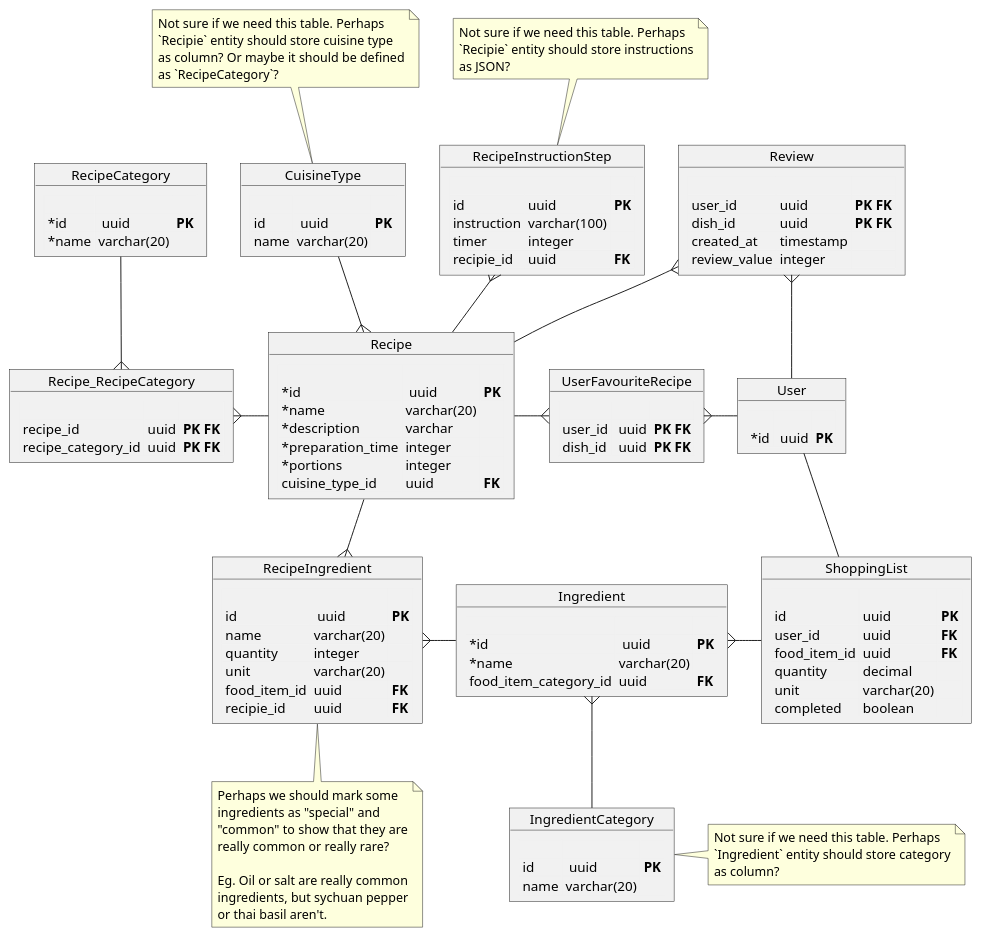
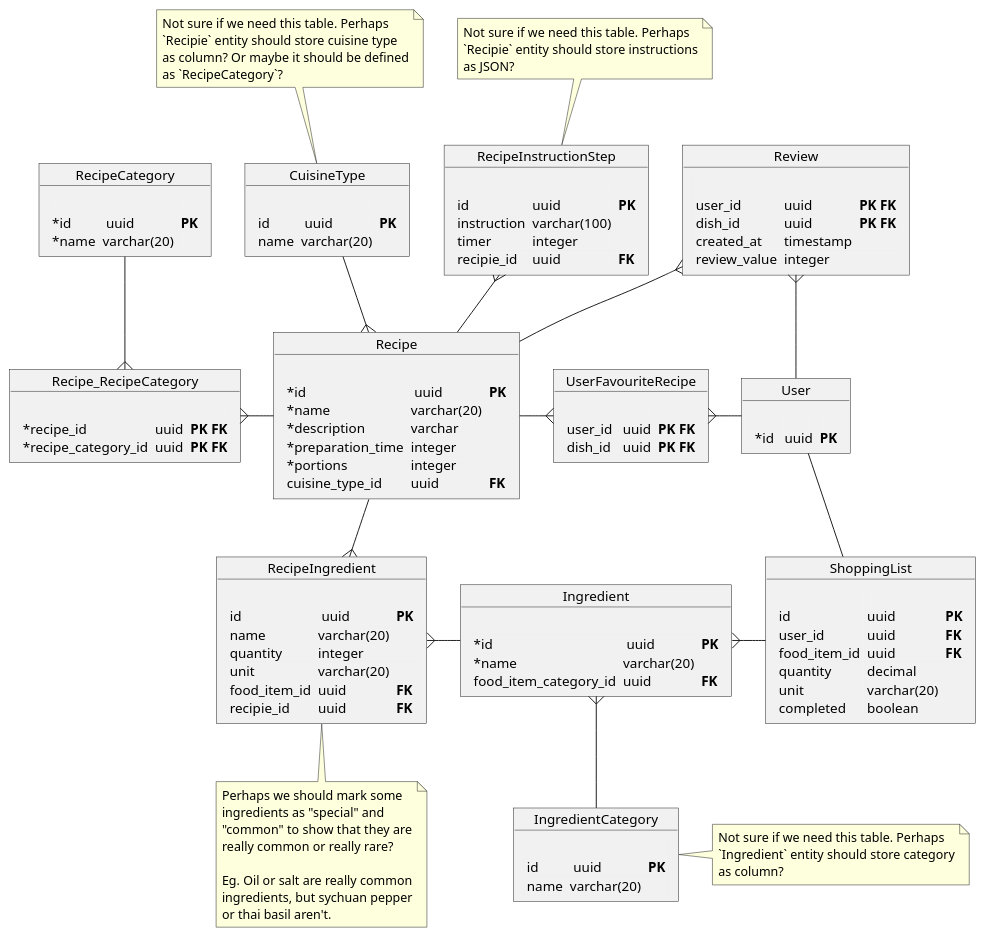
Before and after one commit to oskarski/inzynierka: the diagram in docs/db-schema.puml, drawn with PlantUML. The commit also changed 12 other files, not shown here.

```diff
--- a/docs/db-schema.puml
+++ b/docs/db-schema.puml
@@ -1,133 +1,133 @@
 @startuml
 object Recipe  {
     <#F1F1F1,#F1F1F1>|= |= |= |
     | *id |  uuid | **PK** |
     | *name | varchar(20) |
     | *description | varchar |
     | *preparation_time | integer |
     | *portions | integer |
     | cuisine_type_id | uuid | **FK** |
 }
 
 object RecipeInstructionStep {
     <#F1F1F1,#F1F1F1>|= |= |= |
     | id | uuid | **PK** |
     | instruction | varchar(100) |
     | timer | integer |
     | recipie_id | uuid | **FK** |
 }
 
 note top of RecipeInstructionStep
     Not sure if we need this table. Perhaps
     `Recipie` entity should store instructions
     as JSON?
 end note
 
 object RecipeIngredient {
   <#F1F1F1,#F1F1F1>|= |= |= |
     | id |  uuid | **PK** |
     | name | varchar(20) |
     | quantity | integer |
     | unit | varchar(20) |
     | food_item_id | uuid| **FK** |
     | recipie_id | uuid | **FK** |
 }
 
 note bottom of RecipeIngredient
     Perhaps we should mark some
     ingredients as "special" and
     "common" to show that they are
     really common or really rare?
 
     Eg. Oil or salt are really common
     ingredients, but sychuan pepper
     or thai basil aren't.
 end note
 
 object Ingredient {
   <#F1F1F1,#F1F1F1>|= |= |= |
     | *id |  uuid | **PK** |
     | *name | varchar(20) |
     | food_item_category_id | uuid | **FK** |
 }
 
 object IngredientCategory {
   <#F1F1F1,#F1F1F1>|= |= |= |
     | id |  uuid | **PK** |
     | name | varchar(20) |
 }
 
 note right of IngredientCategory
     Not sure if we need this table. Perhaps
     `Ingredient` entity should store category
     as column?
 end note
 
 object CuisineType {
     <#F1F1F1,#F1F1F1>|= |= |= |
     | id |  uuid | **PK** |
     | name | varchar(20) |
 }
 
 note top of CuisineType
     Not sure if we need this table. Perhaps
     `Recipie` entity should store cuisine type
     as column? Or maybe it should be defined
     as `RecipeCategory`?
 end note
 
 object RecipeCategory {
     <#F1F1F1,#F1F1F1>|= |= |= |
     | *id |  uuid | **PK** |
     | *name | varchar(20) |
 }
 
 object Recipe_RecipeCategory {
     <#F1F1F1,#F1F1F1>|= |= |= |
-    | recipe_id | uuid | **PK FK** |
-    | recipe_category_id | uuid | **PK FK** |
+    | *recipe_id | uuid | **PK FK** |
+    | *recipe_category_id | uuid | **PK FK** |
 }
 
 object User {
     <#F1F1F1,#F1F1F1>|= |= |= |
     | *id |  uuid | **PK** |
 }
 
 object UserFavouriteRecipe {
     <#F1F1F1,#F1F1F1>|= |= |= |
     | user_id |  uuid | **PK FK** |
     | dish_id |  uuid | **PK FK** |
 }
 
 object Review {
     <#F1F1F1,#F1F1F1>|= |= |= |
     | user_id | uuid | **PK FK** |
     | dish_id | uuid | **PK FK** |
     | created_at | timestamp | |
     | review_value | integer | |
 }
 
 object ShoppingList {
     <#F1F1F1,#F1F1F1>|= |= |= |
     | id | uuid | **PK** |
     | user_id | uuid | **FK** |
     | food_item_id | uuid | **FK** |
     | quantity | decimal | |
     | unit | varchar(20) | |
     | completed | boolean | |
 }
 
 Recipe -down-{ RecipeIngredient
 RecipeInstructionStep }-- Recipe
 RecipeIngredient }-right- Ingredient
 Ingredient }-- IngredientCategory
 Recipe }-up- CuisineType
 Recipe -left-{ Recipe_RecipeCategory
 Recipe_RecipeCategory }-up- RecipeCategory
 Recipe -right-{ UserFavouriteRecipe
 UserFavouriteRecipe }-right- User
 Recipe -up-{ Review
 Review }-down- User
 User -- ShoppingList
 ShoppingList -left-{ Ingredient
 @enduml
```
